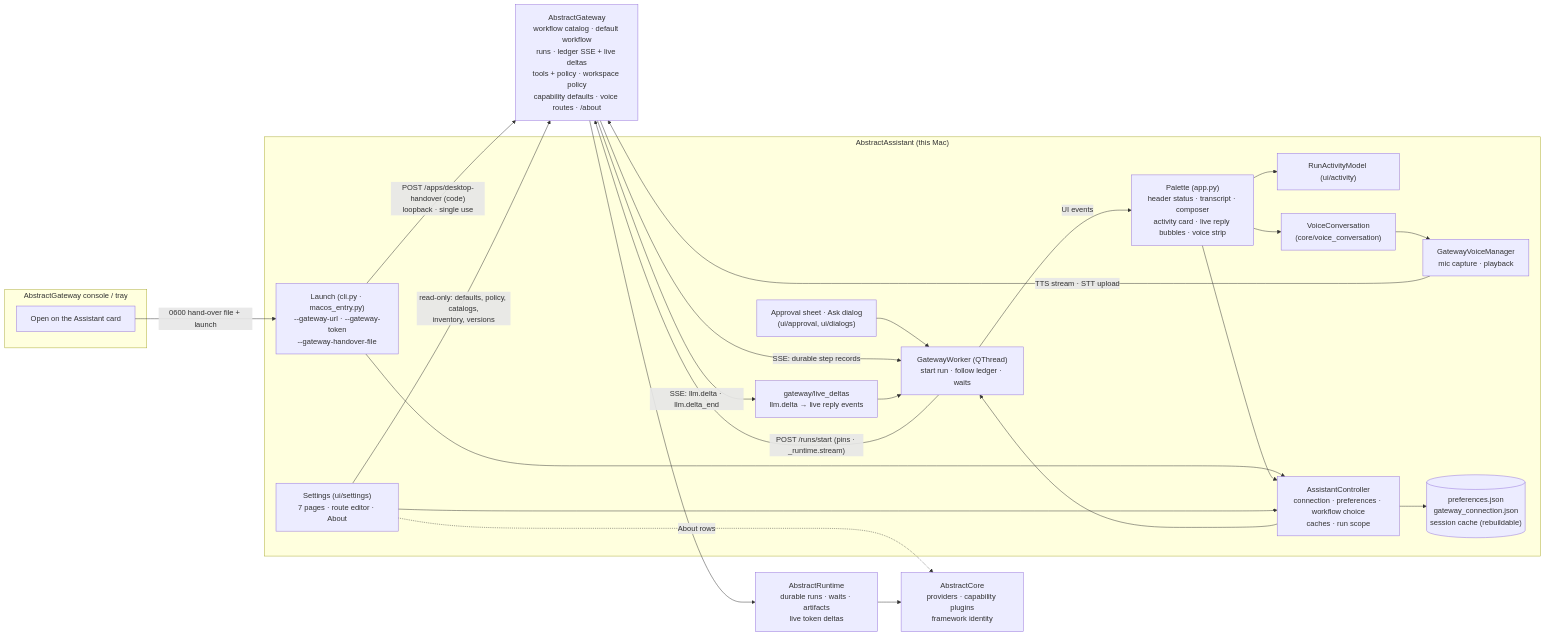
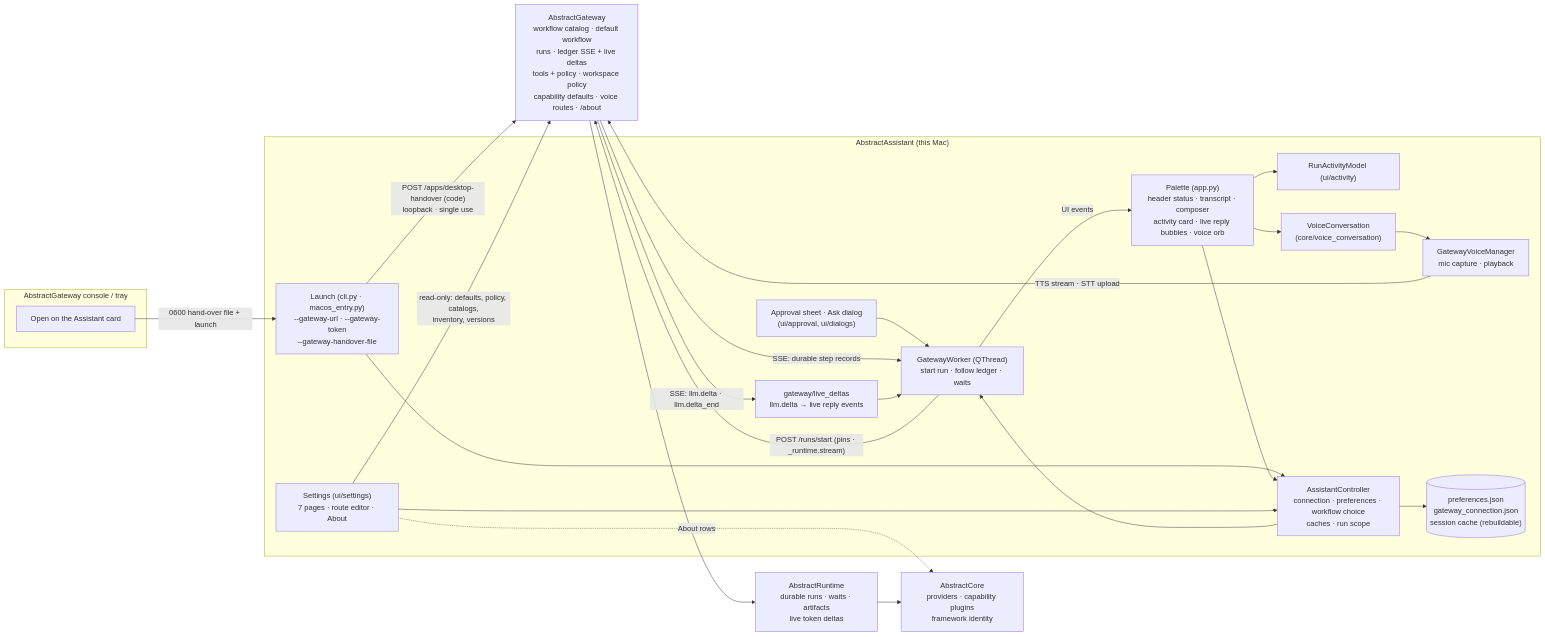
The first of 5 diagrams in docs/architecture.md (lpalbou/AbstractAssistant), drawn with Mermaid before and after one commit. The commit also changed other lines of this file and 18 other files, not shown here.

````diff
--- a/docs/architecture.md
+++ b/docs/architecture.md
@@ -19,43 +19,43 @@
 ```mermaid
 flowchart LR
   subgraph Console["AbstractGateway console / tray"]
     Open["Open on the Assistant card"]
   end
   subgraph Desktop["AbstractAssistant (this Mac)"]
     Entry["Launch (cli.py · macos_entry.py)\n--gateway-url · --gateway-token\n--gateway-handover-file"]
-    Palette["Palette (app.py)\nheader status · transcript · composer\nactivity card · live reply bubbles · voice strip"]
+    Palette["Palette (app.py)\nheader status · transcript · composer\nactivity card · live reply bubbles · voice orb"]
     Settings["Settings (ui/settings)\n7 pages · route editor · About"]
     Sheets["Approval sheet · Ask dialog\n(ui/approval, ui/dialogs)"]
     Activity["RunActivityModel (ui/activity)"]
     Voice["VoiceConversation\n(core/voice_conversation)"]
     Controller["AssistantController\nconnection · preferences · workflow choice\ncaches · run scope"]
     Worker["GatewayWorker (QThread)\nstart run · follow ledger · waits"]
     Live["gateway/live_deltas\nllm.delta → live reply events"]
     VoiceMgr["GatewayVoiceManager\nmic capture · playback"]
     Prefs[("preferences.json\ngateway_connection.json\nsession cache (rebuildable)")]
   end
   Gateway["AbstractGateway\nworkflow catalog · default workflow\nruns · ledger SSE + live deltas\ntools + policy · workspace policy\ncapability defaults · voice routes · /about"]
   Runtime["AbstractRuntime\ndurable runs · waits · artifacts\nlive token deltas"]
   Core["AbstractCore\nproviders · capability plugins\nframework identity"]
 
   Open -- "0600 hand-over file + launch" --> Entry
   Entry -- "POST /apps/desktop-handover (code)\nloopback · single use" --> Gateway
   Entry --> Controller
   Palette --> Controller
   Settings --> Controller
   Sheets --> Worker
   Palette --> Activity
   Palette --> Voice
   Voice --> VoiceMgr
   Controller --> Prefs
   Controller --> Worker
   Worker -- "POST /runs/start (pins · _runtime.stream)" --> Gateway
   Gateway -- "SSE: durable step records" --> Worker
   Gateway -- "SSE: llm.delta · llm.delta_end" --> Live
   Live --> Worker
   Worker -- "UI events" --> Palette
   VoiceMgr -- "TTS stream · STT upload" --> Gateway
   Settings -- "read-only: defaults, policy, catalogs,\ninventory, versions" --> Gateway
   Settings -. "About rows" .-> Core
   Gateway --> Runtime --> Core
 ```
````
